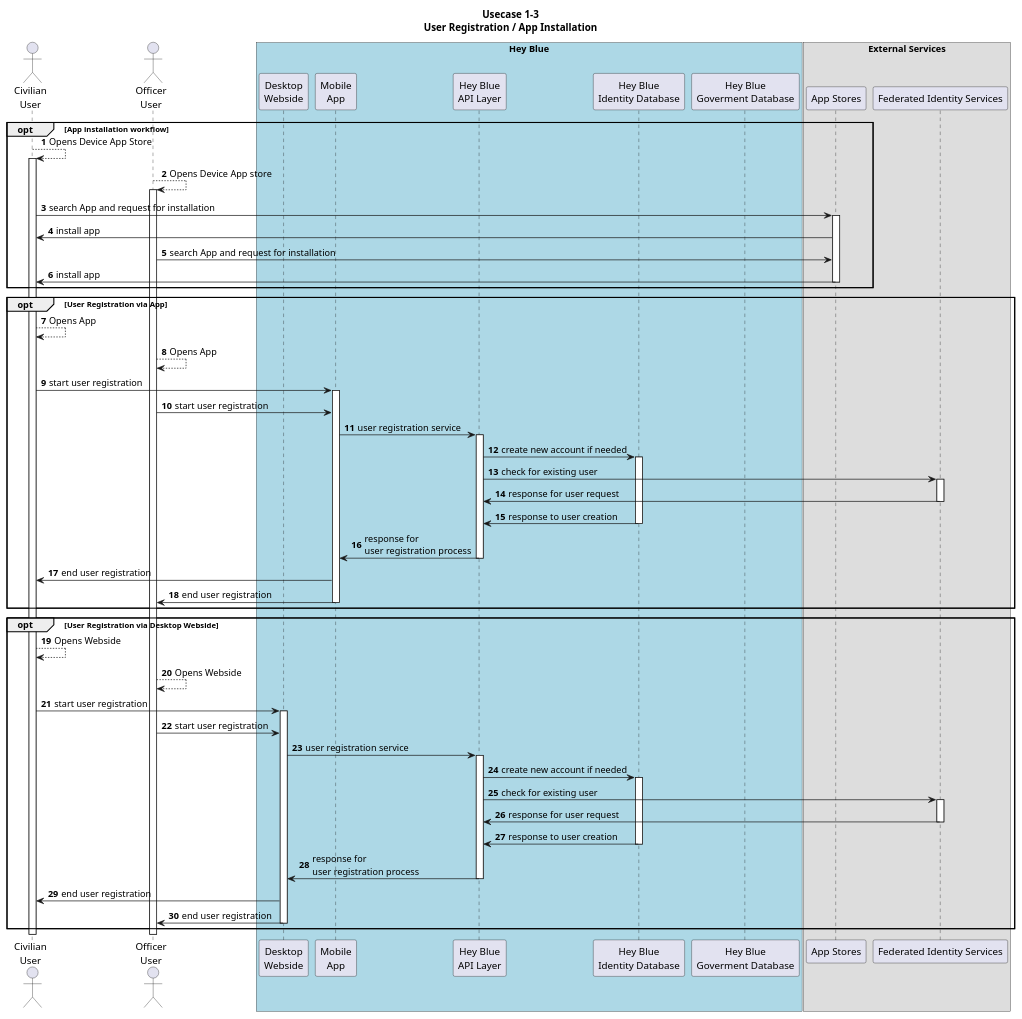
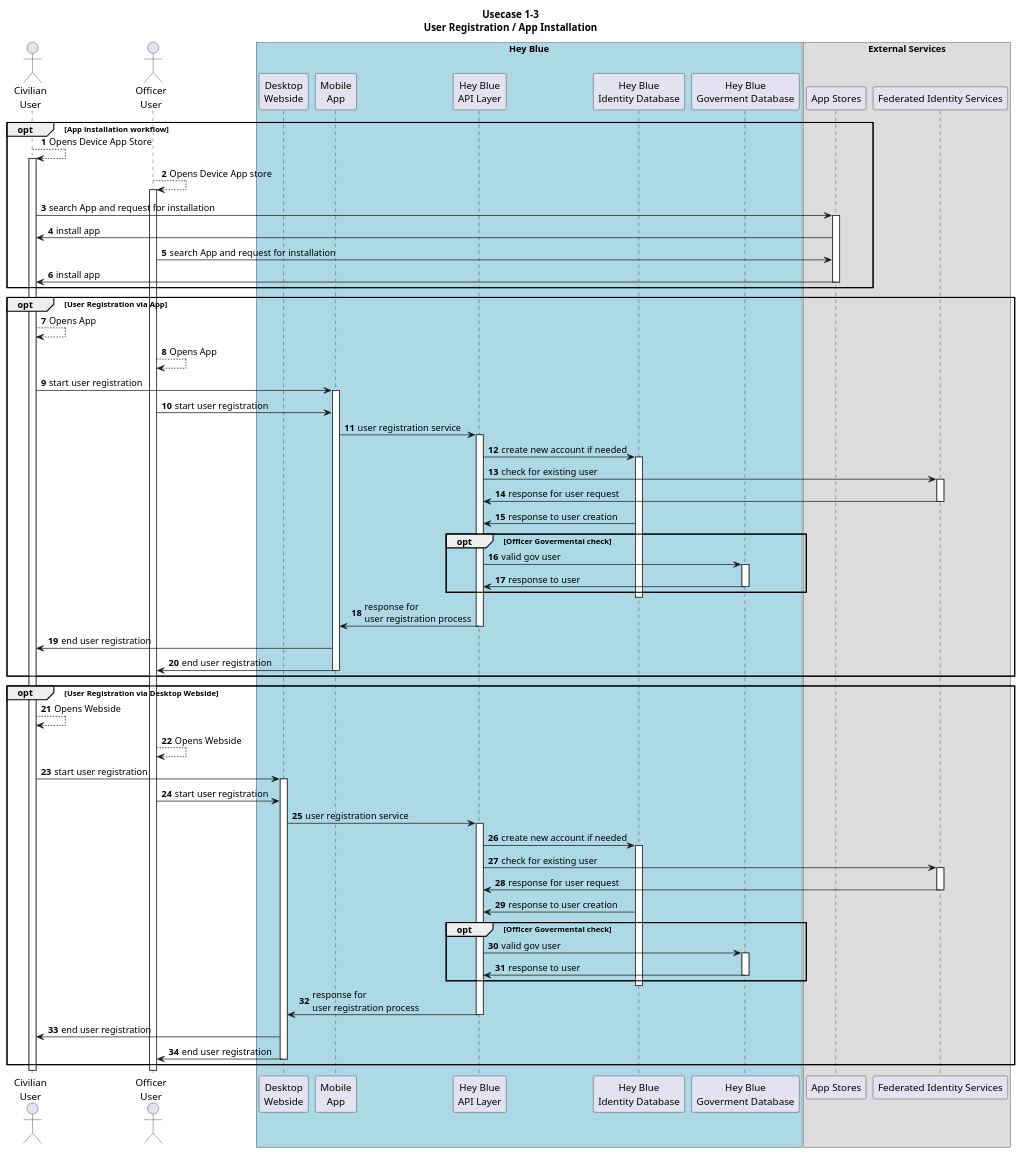
One commit to MinniMieze/HeyBlue changed the diagram in WiP/Usecases/1-3/1-3.puml. Above: the diagram before and after it, drawn with PlantUML.

```diff
--- a/WiP/Usecases/1-3/1-3.puml
+++ b/WiP/Usecases/1-3/1-3.puml
@@ -1,104 +1,116 @@
 @startuml  App Installation & User Registration
 
 title
 Usecase 1-3
 User Registration / App Installation
 end title
 
 autonumber
 
 actor Civ as "Civilian\nUser"
 actor Off as "Officer\nUser"
 
 box "Hey Blue" #Lightblue
     participant Desktop as "Desktop\nWebside"
     participant Mobile as "Mobile\nApp"
 
     participant API_Layer as "Hey Blue\nAPI Layer"
 
     participant ID_DB as "Hey Blue\nIdentity Database"
     participant GOV_DB as "Hey Blue\nGoverment Database"
 end box
 
 box "External Services" 
     participant Appstore as "App Stores"
     participant FIS as "Federated Identity Services"
 end box
 
 '##### App Installation
 
 opt App installation workflow
     Civ --> Civ : Opens Device App Store
     activate Civ
     Off --> Off : Opens Device App store
     activate Off
     Civ -> Appstore : search App and request for installation
     activate Appstore
         Appstore -> Civ : install app
         Off -> Appstore : search App and request for installation
         Appstore -> Civ : install app
     deactivate Appstore
 end
 
 
 '###### User Registration
 
 opt User Registration via App
 Civ --> Civ : Opens App
 Off --> Off : Opens App
     
     Civ -> Mobile : start user registration
     activate Mobile
     Off -> Mobile : start user registration
         
         Mobile -> API_Layer : user registration service
             activate API_Layer 
             API_Layer -> ID_DB : create new account if needed
                 activate ID_DB
                 API_Layer -> FIS : check for existing user
                 activate FIS
                 FIS -> API_Layer : response for user request
                 deactivate FIS
             ID_DB -> API_Layer : response to user creation
+            opt Officer Govermental check
+                API_Layer -> GOV_DB : valid gov user
+                activate GOV_DB
+                GOV_DB -> API_Layer : response to user
+                deactivate GOV_DB
+            end
             deactivate ID_DB
         API_Layer -> Mobile : response for \nuser registration process
         deactivate API_Layer
     Mobile -> Civ : end user registration
     Mobile -> Off : end user registration
     deactivate Mobile
 end
 
 
 opt User Registration via Desktop Webside
 Civ --> Civ : Opens Webside
 Off --> Off : Opens Webside
    
     Civ -> Desktop : start user registration
     activate Desktop
     Off -> Desktop : start user registration
          
         Desktop -> API_Layer : user registration service
             
             activate API_Layer
             API_Layer -> ID_DB : create new account if needed
                 activate ID_DB
                 API_Layer -> FIS : check for existing user
                 activate FIS
                 FIS -> API_Layer : response for user request
                 deactivate FIS
             ID_DB -> API_Layer : response to user creation
+            opt Officer Govermental check
+                API_Layer -> GOV_DB : valid gov user
+                activate GOV_DB
+                GOV_DB -> API_Layer : response to user
+                deactivate GOV_DB
+            end
             deactivate ID_DB
         API_Layer -> Desktop : response for \nuser registration process
         deactivate API_Layer
     Desktop -> Civ : end user registration
     Desktop -> Off : end user registration
     deactivate Desktop
 end
 
 
 
 '###### missing
 ' Fill the gov DB or manual check via Admin GUI
 ' Check Gov User against Gov DB
 
 @enduml 
```
